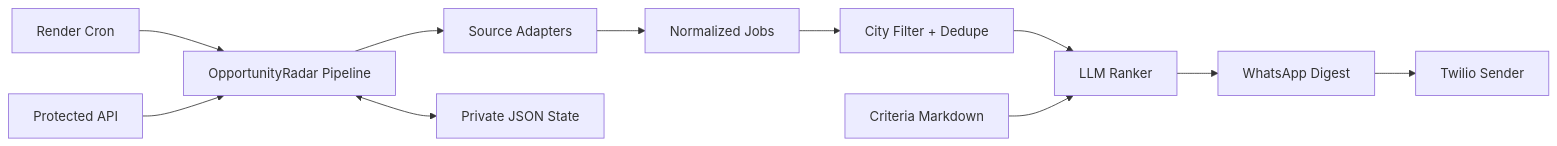
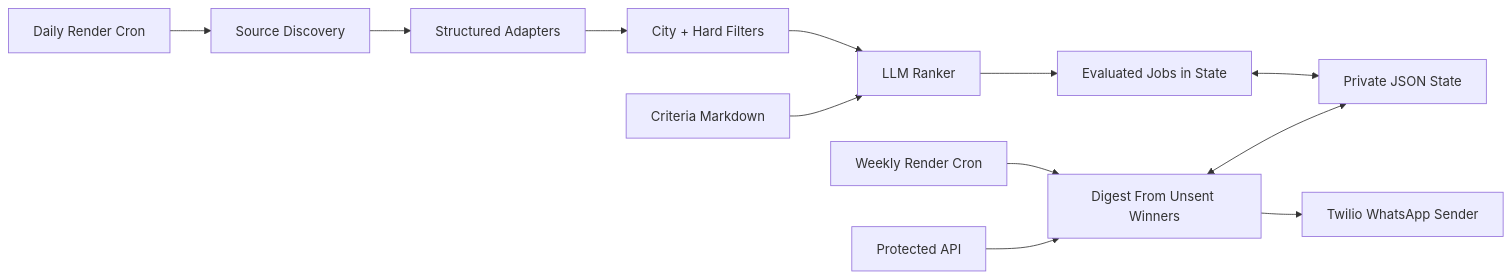
The diagram in README.md (GarrettAudet/schwarzman-opportunity-radar), drawn with Mermaid before and after one commit. The commit also changed other lines of this file and 15 other files, not shown here.

````diff
--- a/README.md
+++ b/README.md
@@ -20,13 +22,14 @@
 ```mermaid
 flowchart LR
-    A[Render Cron] --> B[OpportunityRadar Pipeline]
-    C[Protected API] --> B
-    B --> D[Source Adapters]
-    D --> E[Normalized Jobs]
-    E --> F[City Filter + Dedupe]
-    F --> G[LLM Ranker]
-    G --> H[WhatsApp Digest]
-    H --> I[Twilio Sender]
-    B <--> J[Private JSON State]
-    K[Criteria Markdown] --> G
+    A[Daily Render Cron] --> B[Source Discovery]
+    B --> C[Structured Adapters]
+    C --> D[City + Hard Filters]
+    D --> E[LLM Ranker]
+    E --> F[Evaluated Jobs in State]
+    G[Weekly Render Cron] --> H[Digest From Unsent Winners]
+    H --> I[Twilio WhatsApp Sender]
+    J[Protected API] --> H
+    K[Criteria Markdown] --> E
+    F <--> L[Private JSON State]
+    H <--> L
 ```
````
